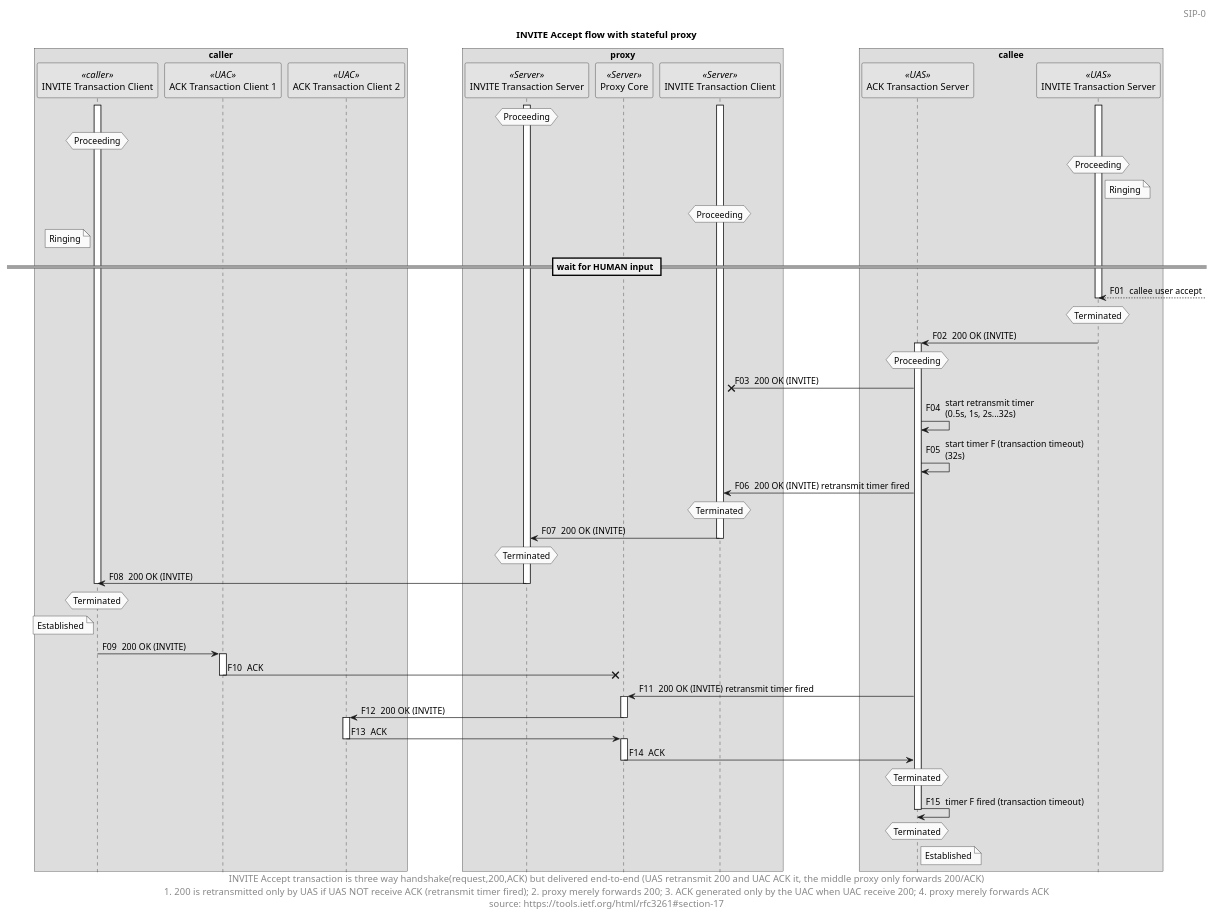
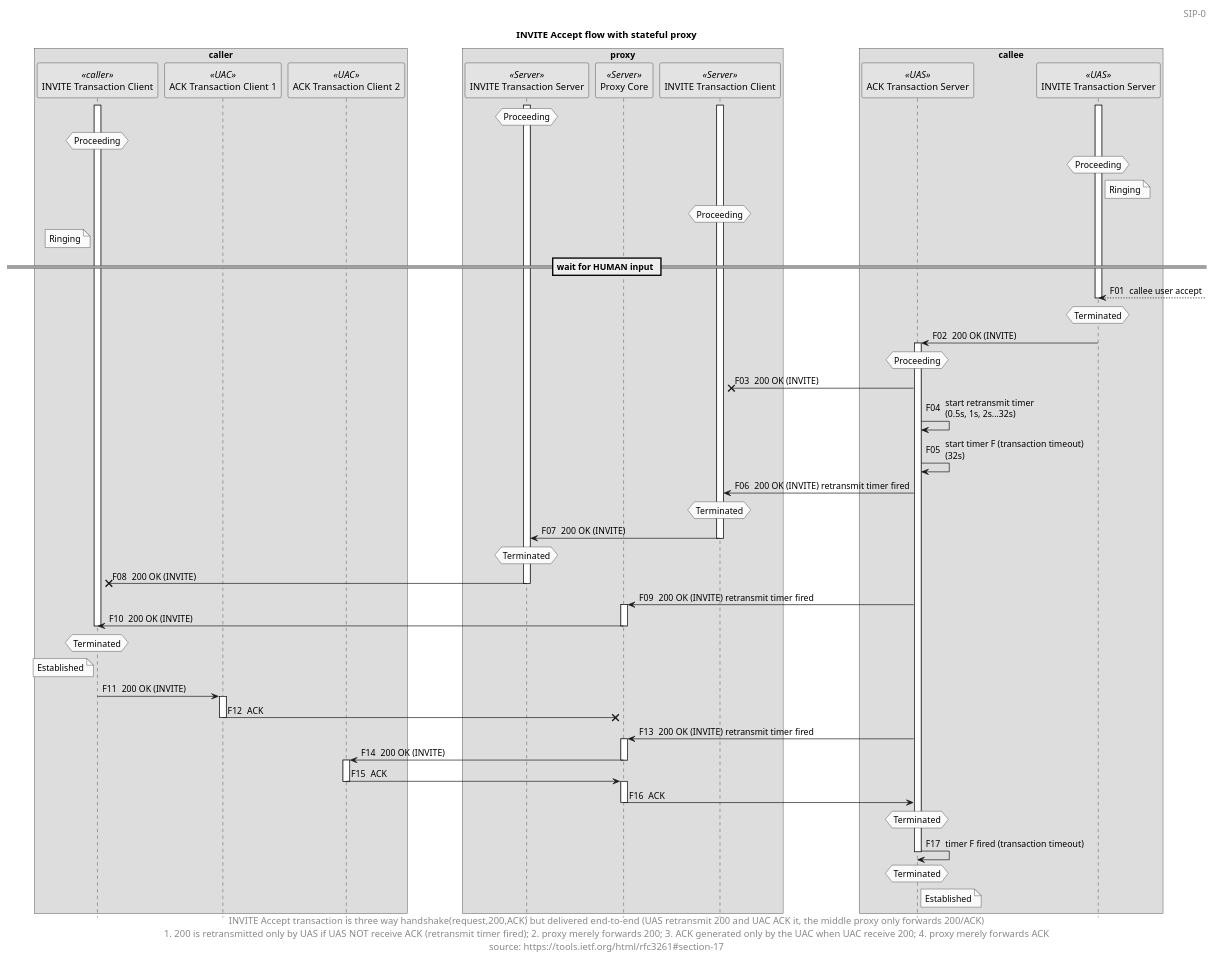
The diagram in sip/EndToEnd/sip_state_invite_uac_proxy_uas_success_accept.puml (gongpengjun/code_diagrams), drawn with PlantUML before and after one commit.

Commit message:
add failed case

```diff
--- a/sip/EndToEnd/sip_state_invite_uac_proxy_uas_success_accept.puml
+++ b/sip/EndToEnd/sip_state_invite_uac_proxy_uas_success_accept.puml
@@ -1,106 +1,112 @@
 @startuml
 title INVITE Accept flow with stateful proxy
 skinparam monochrome true
 hide footbox
 autonumber "F00 "
 skinparam BoxPadding 40
 
 skinparam headerFontSize 14
 'skinparam headerFontColor red
 header SIP-0
 
 box "caller"
 participant "INVITE Transaction Client" as UAC_ITC << caller >>
 participant "ACK Transaction Client 1" as UAC_AckTC1 << UAC >>
 participant "ACK Transaction Client 2" as UAC_AckTC2 << UAC >>
 end box
 
 box "proxy"
 participant "INVITE Transaction Server" as Proxy_ITS << Server >>
 participant "Proxy Core" as Proxy_Core << Server >>
 participant "INVITE Transaction Client" as Proxy_ITC << Server >>
 end box
 
 box "callee"
 participant "ACK Transaction Server" as UAS_AckTS << UAS >>
 participant "INVITE Transaction Server" as UAS_ITS << UAS >>
 end box
 
 'hnote over UAC_ITC: None
 'UAC_ITC -> Proxy_ITS: INVITE
 activate UAC_ITC
 'hnote over UAC_ITC: Calling
 activate Proxy_ITS
 hnote over Proxy_ITS: Proceeding
 'UAC_ITC <- Proxy_ITS: 100 Trying
 hnote over UAC_ITC: Proceeding
 'hnote over Proxy_ITC: None
 'Proxy_ITS -> Proxy_ITC: INVITE
 activate Proxy_ITC
 'Proxy_ITC -> UAS_ITS: INVITE
 'hnote over Proxy_ITC: Calling
 activate UAS_ITS
 hnote over UAS_ITS: Proceeding
 'Proxy_ITC <- UAS_ITS: 180 Ringing
 note right of UAS_ITS: Ringing
 hnote over Proxy_ITC: Proceeding
 'Proxy_ITS <- Proxy_ITC: 180 Ringing
 'UAC_ITC <- Proxy_ITS: 180 Ringing
 note left of UAC_ITC: Ringing
 
 == wait for HUMAN input ==
 
 UAS_ITS <-- : callee user accept
 hnote over UAS_ITS: Terminated
 deactivate UAS_ITS
 
 'hnote over UAS_AckTS: None
 UAS_ITS -> UAS_AckTS: 200 OK (INVITE)
 activate UAS_AckTS
 hnote over UAS_AckTS: Proceeding
 Proxy_ITC x<- UAS_AckTS: 200 OK (INVITE)
 UAS_AckTS -> UAS_AckTS: start retransmit timer\n(0.5s, 1s, 2s...32s)
 UAS_AckTS -> UAS_AckTS: start timer F (transaction timeout)\n(32s)
 Proxy_ITC <- UAS_AckTS: 200 OK (INVITE) retransmit timer fired
 hnote over Proxy_ITC: Terminated
 Proxy_ITS <- Proxy_ITC: 200 OK (INVITE)
 deactivate Proxy_ITC
 hnote over Proxy_ITS: Terminated
-UAC_ITC <- Proxy_ITS: 200 OK (INVITE)
+UAC_ITC x<- Proxy_ITS: 200 OK (INVITE)
+'UAC_ITC <- Proxy_ITS: 200 OK (INVITE)
 deactivate Proxy_ITS
+Proxy_Core <- UAS_AckTS: 200 OK (INVITE) retransmit timer fired
+activate Proxy_Core
+UAC_ITC <- Proxy_Core: 200 OK (INVITE)
+deactivate Proxy_Core
+
 hnote over UAC_ITC: Terminated
 deactivate UAC_ITC
 note left of UAC_ITC: Established
 'hnote over UAC_AckTC1: None
 UAC_AckTC1 <- UAC_ITC: 200 OK (INVITE)
 activate UAC_AckTC1
 UAC_AckTC1 ->x Proxy_Core: ACK
 'hnote over UAC_AckTC1: Terminated
 deactivate UAC_AckTC1
 'hnote over UAC_AckTC2: None
 
 Proxy_Core <- UAS_AckTS: 200 OK (INVITE) retransmit timer fired
 activate Proxy_Core
 UAC_AckTC2 <- Proxy_Core: 200 OK (INVITE)
 deactivate Proxy_Core
 activate UAC_AckTC2
 
 'hnote over Proxy_Core: 200/ACK retransmit is not belong to transaction in server\nlog:"[INFO] apply-signal. message not belong to transaction ... transition: :rsp-2xx"\nlog:"[INFO] apply-signal. message not belong to transaction ... transition: :req-ack"
 
 UAC_AckTC2 -> Proxy_Core: ACK
 deactivate UAC_AckTC2
 activate Proxy_Core
 Proxy_Core -> UAS_AckTS: ACK
 'hnote over UAC_AckTC2: Terminated
 deactivate Proxy_Core
 hnote over UAS_AckTS: Terminated
 UAS_AckTS -> UAS_AckTS: timer F fired (transaction timeout)
 hnote over UAS_AckTS: Terminated
 note right of UAS_AckTS: Established
 deactivate UAS_AckTS
 
 skinparam footerFontSize 14
 'skinparam footerFontColor red
 footer INVITE Accept transaction is three way handshake(request,200,ACK) but delivered end-to-end (UAS retransmit 200 and UAC ACK it, the middle proxy only forwards 200/ACK)\n1. 200 is retransmitted only by UAS if UAS NOT receive ACK (retransmit timer fired); 2. proxy merely forwards 200; 3. ACK generated only by the UAC when UAC receive 200; 4. proxy merely forwards ACK\nsource: https://tools.ietf.org/html/rfc3261#section-17
 
 @enduml
```
